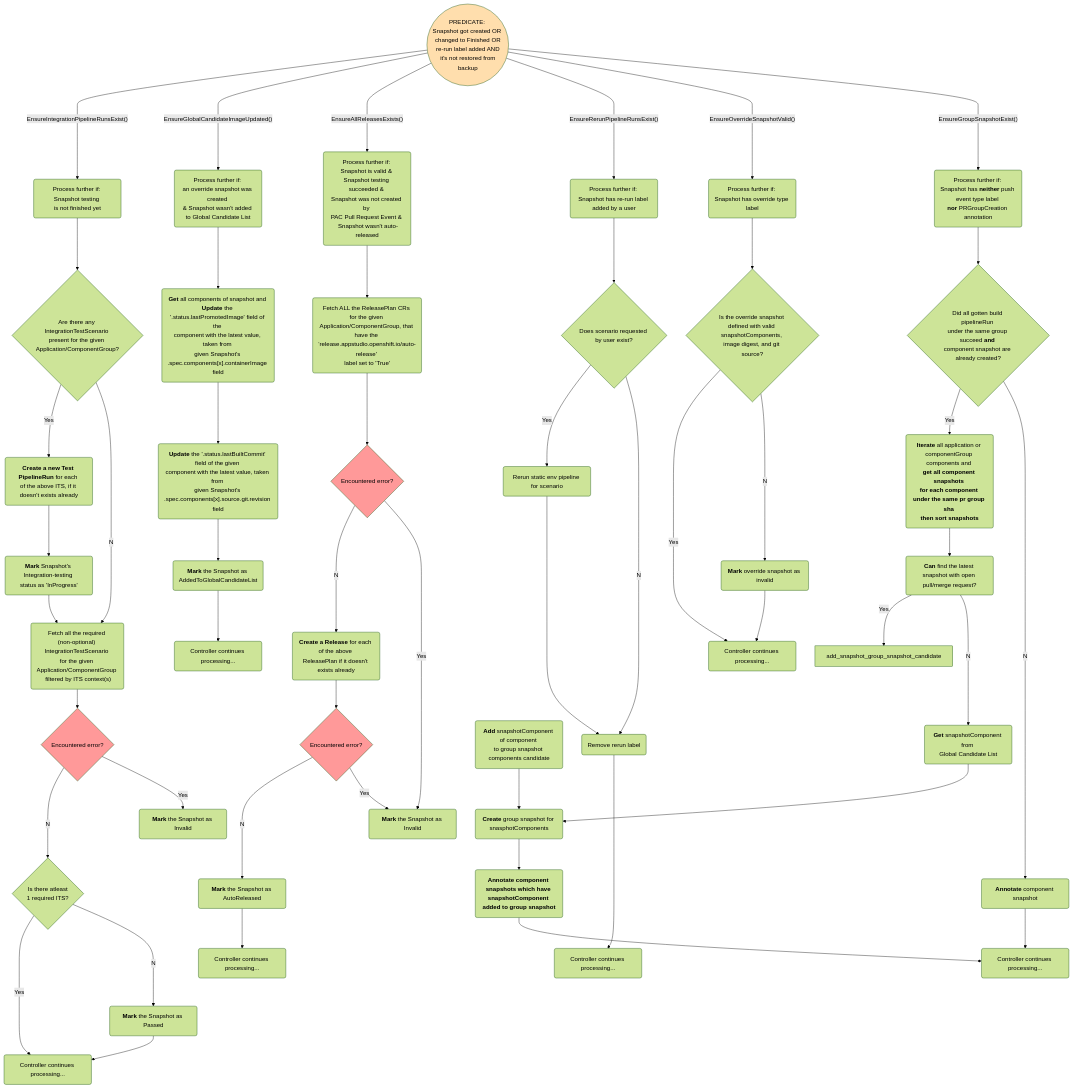
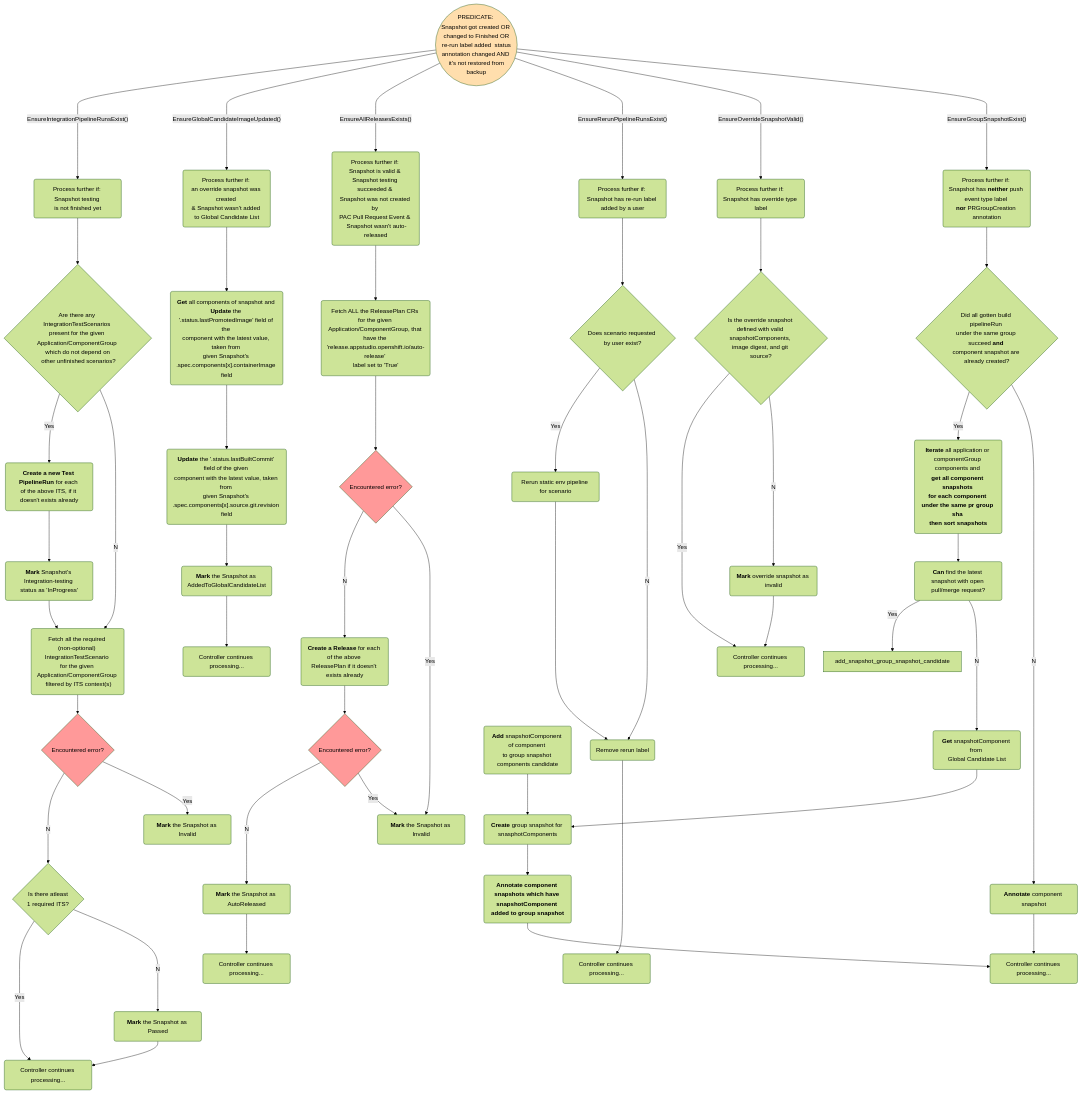
Before and after one commit to konflux-ci/integration-service: the diagram in docs/snapshot-controller.md, drawn with Mermaid. The commit also changed 9 other files, not shown here.

First line of the commit message:
feat(STONEINTG-1281): ensureMissingIntegrationPipelineRuns runs all ITS

```diff
--- a/docs/snapshot-controller.md
+++ b/docs/snapshot-controller.md
@@ -8,13 +8,13 @@
     classDef Amber fill:#FFDEAD;
     classDef Green fill:#BDFFA4;
 
-  predicate((PREDICATE: <br>Snapshot got created OR <br> changed to Finished OR <br> re-run label added AND <br> it's not restored from backup))
+  predicate((PREDICATE: <br>Snapshot got created OR <br> changed to Finished OR <br> re-run label added <OR> status annotation changed AND <br> it's not restored from backup))
 
   %%%%%%%%%%%%%%%%%%%%%%% Drawing EnsureIntegrationPipelineRunsExist() function
 
   %% Node definitions
   ensure1(Process further if: Snapshot testing <br>is not finished yet)
-  are_there_any_ITS{"Are there any <br>IntegrationTestScenario <br>present for the given <br>Application/ComponentGroup?"}
+  are_there_any_ITS{"Are there any <br>IntegrationTestScenarios <br>present for the given <br>Application/ComponentGroup <br> which do not depend on <br> other unfinished scenarios?"}
   create_new_test_PLR(<b>Create a new Test PipelineRun</b> for each <br>of the above ITS, if it doesn't exists already)
   mark_snapshot_InProgress(<b>Mark</b> Snapshot's Integration-testing <br>status as 'InProgress')
   fetch_all_required_ITS("Fetch all the required <br>(non-optional) IntegrationTestScenario <br>for the given Application/ComponentGroup <br> filtered by ITS context(s)")
```
